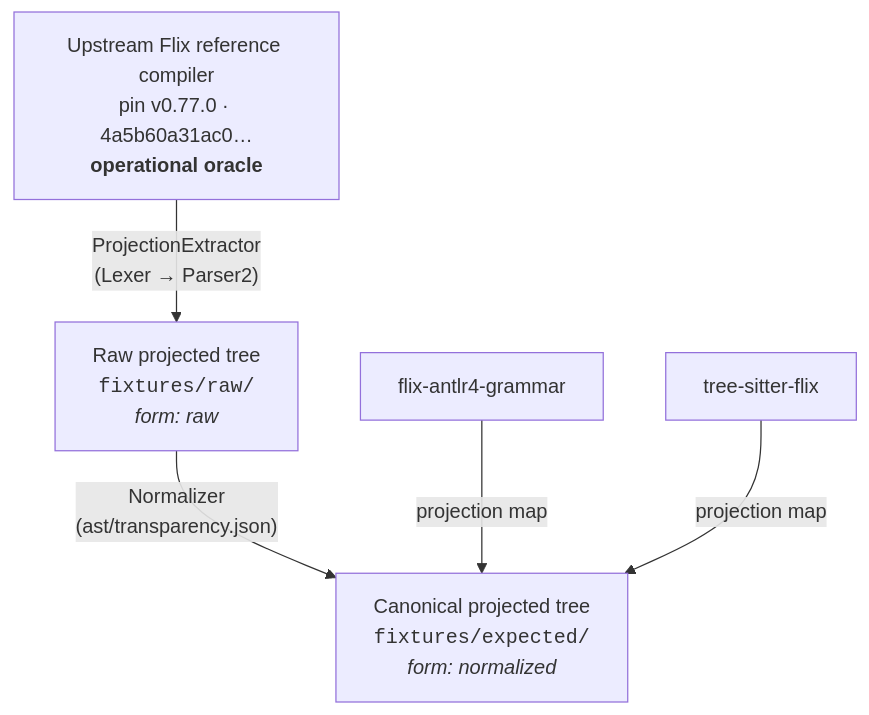
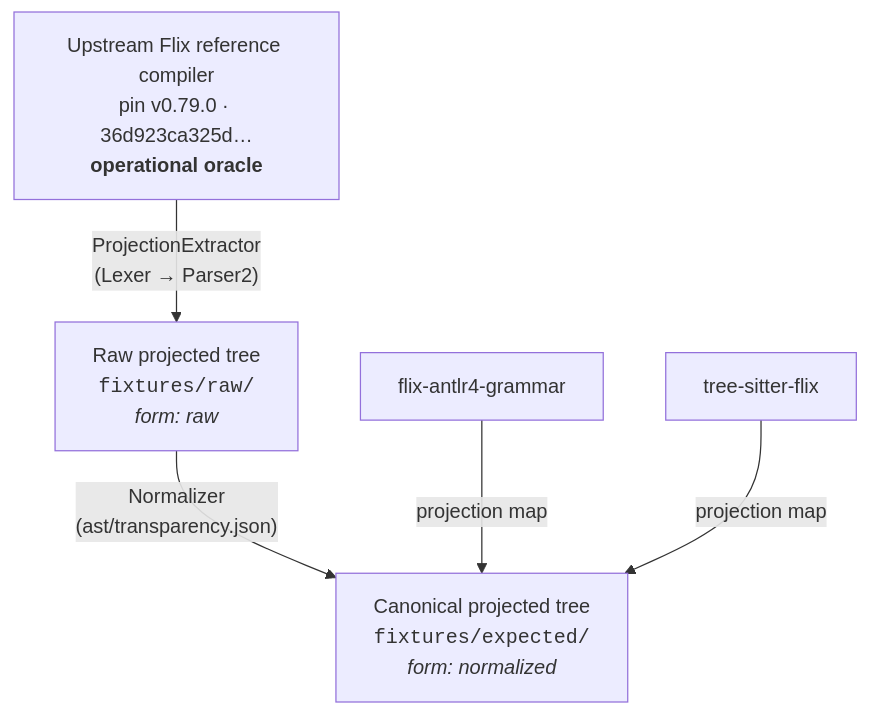
One commit to wstein/flix-spec changed the diagram in docs/PROJECTION.md. Above: the diagram before and after it, drawn with Mermaid. The commit also changed other lines of this file and 361 other files, not shown here.

First line of the commit message:
feat: update Flix pin from v0.77.0 to v0.79.0

````diff
--- a/docs/PROJECTION.md
+++ b/docs/PROJECTION.md
@@ -14,13 +14,13 @@
 ```mermaid
 flowchart TD
-    UP["Upstream Flix reference compiler<br/>pin v0.77.0 · 4a5b60a31ac0…<br/><b>operational oracle</b>"]
+    UP["Upstream Flix reference compiler<br/>pin v0.79.0 · 36d923ca325d…<br/><b>operational oracle</b>"]
     RAW["Raw projected tree<br/><code>fixtures/raw/</code><br/><i>form: raw</i>"]
     CANON["Canonical projected tree<br/><code>fixtures/expected/</code><br/><i>form: normalized</i>"]
     C1["flix-antlr4-grammar"]
     C2["tree-sitter-flix"]
 
     UP -->|"ProjectionExtractor<br/>(Lexer → Parser2)"| RAW
     RAW -->|"Normalizer<br/>(ast/transparency.json)"| CANON
     C1 -->|"projection map"| CANON
     C2 -->|"projection map"| CANON
 ```
````
